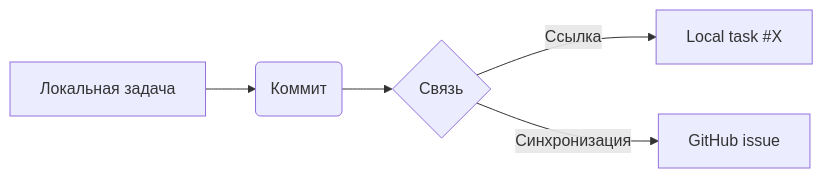
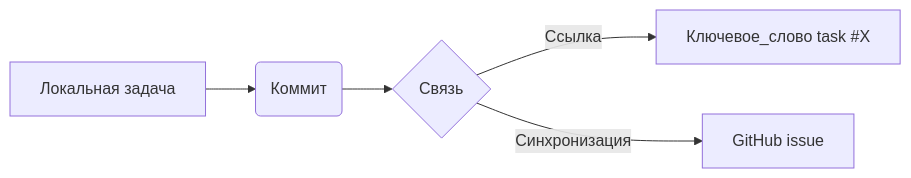
One commit to VladimirMonin/exception-blog.ru changed the third of 3 diagrams in doc/commit_rules.md. Above: the diagram before and after it, drawn with Mermaid. The commit also changed other lines of this file and 1 other file, not shown here.

````diff
--- a/doc/commit_rules.md
+++ b/doc/commit_rules.md
@@ -112,7 +104,7 @@
 ```mermaid
 graph LR
     A[Локальная задача] --> B(Коммит)
     B --> C{Связь}
-    C -->|Ссылка| D[Local task #X]
+    C -->|Ссылка| D[Ключевое_слово task #X]
     C -->|Синхронизация| E[GitHub issue]
 ```
````
